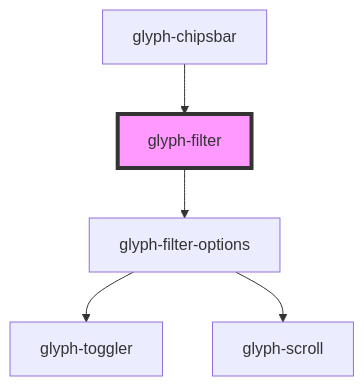
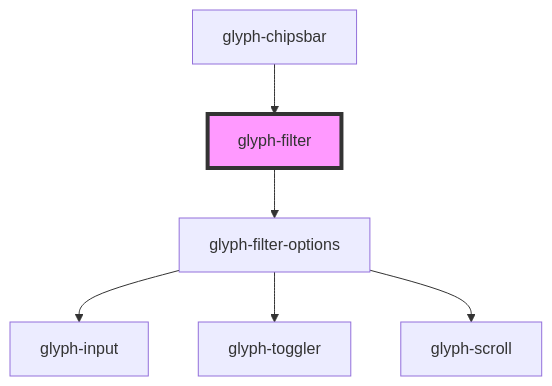
Before and after one commit to adrianiy/synth-ui: the diagram in packages/glyph-components/src/components/filter/readme.md, drawn with Mermaid. The commit also changed 23 other files, not shown here.

````diff
--- a/packages/glyph-components/src/components/filter/readme.md
+++ b/packages/glyph-components/src/components/filter/readme.md
@@ -43,8 +43,9 @@
 ```mermaid
 graph TD;
   glyph-filter --> glyph-filter-options
+  glyph-filter-options --> glyph-input
   glyph-filter-options --> glyph-toggler
   glyph-filter-options --> glyph-scroll
   glyph-chipsbar --> glyph-filter
   style glyph-filter fill:#f9f,stroke:#333,stroke-width:4px
 ```
````
